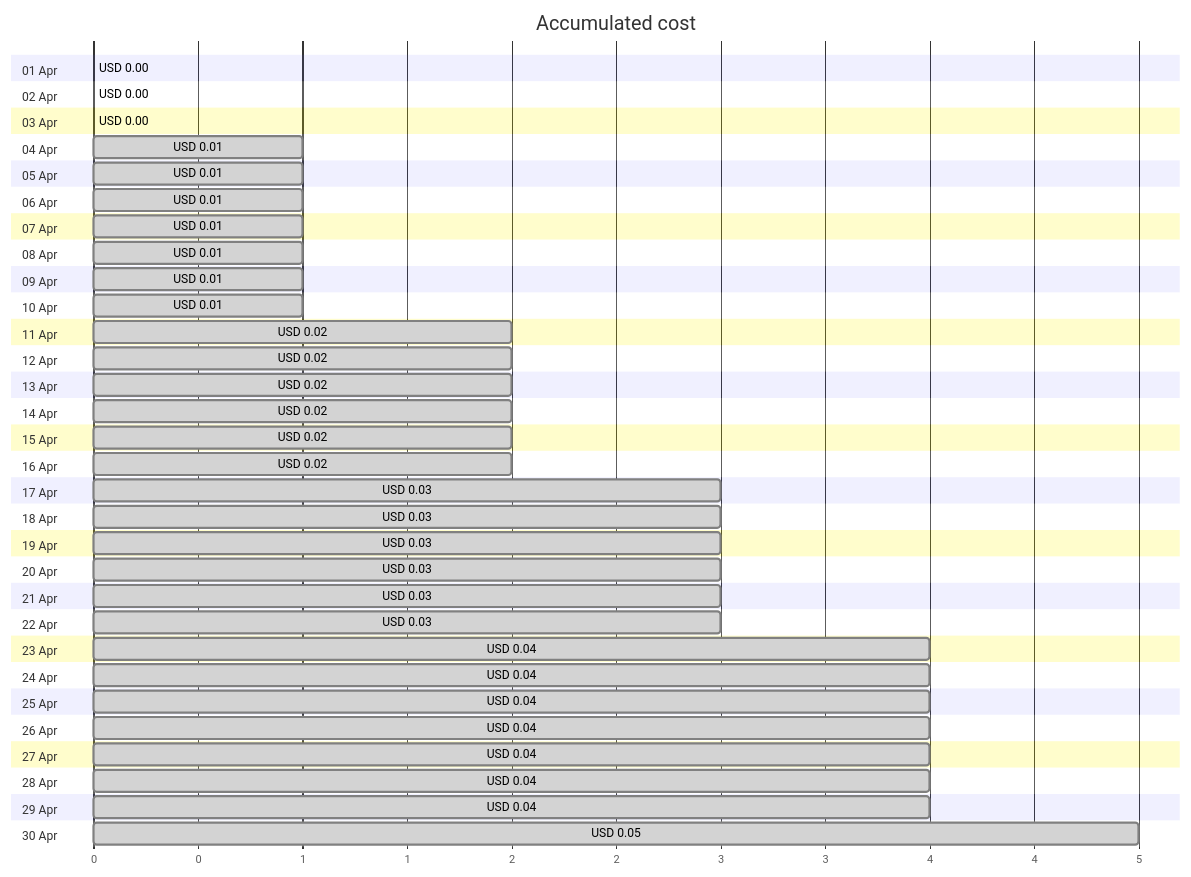
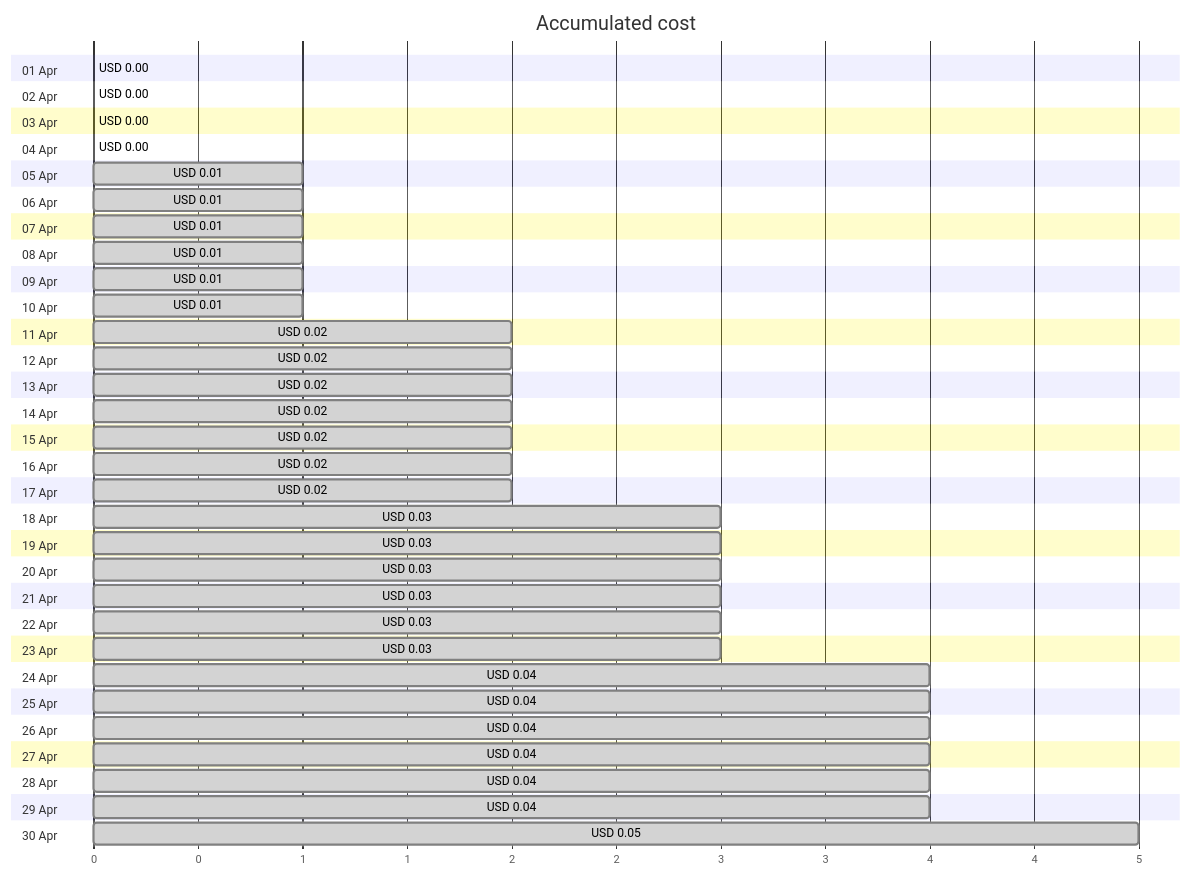
The first of 4 diagrams in cost-reports/personal-site/personalsiteapistorage.md (jpfulton/azure-personal-reports), drawn with Mermaid before and after one commit. The commit also changed other lines of this file and 7 other files, not shown here.

````diff
--- a/cost-reports/personal-site/personalsiteapistorage.md
+++ b/cost-reports/personal-site/personalsiteapistorage.md
@@ -20,66 +20,66 @@
 ```mermaid
 gantt
    title Accumulated cost
    dateFormat  X
    axisFormat %s
    section 01 Apr
    USD 0.00 :0, 0
    section 02 Apr
    USD 0.00 :0, 0
    section 03 Apr
    USD 0.00 :0, 0
    section 04 Apr
-   USD 0.01 : done, 0, 1
+   USD 0.00 :0, 0
    section 05 Apr
    USD 0.01 : done, 0, 1
    section 06 Apr
    USD 0.01 : done, 0, 1
    section 07 Apr
    USD 0.01 : done, 0, 1
    section 08 Apr
    USD 0.01 : done, 0, 1
    section 09 Apr
    USD 0.01 : done, 0, 1
    section 10 Apr
    USD 0.01 : done, 0, 1
    section 11 Apr
    USD 0.02 : done, 0, 2
    section 12 Apr
    USD 0.02 : done, 0, 2
    section 13 Apr
    USD 0.02 : done, 0, 2
    section 14 Apr
    USD 0.02 : done, 0, 2
    section 15 Apr
    USD 0.02 : done, 0, 2
    section 16 Apr
    USD 0.02 : done, 0, 2
    section 17 Apr
-   USD 0.03 : done, 0, 3
+   USD 0.02 : done, 0, 2
    section 18 Apr
    USD 0.03 : done, 0, 3
    section 19 Apr
    USD 0.03 : done, 0, 3
    section 20 Apr
    USD 0.03 : done, 0, 3
    section 21 Apr
    USD 0.03 : done, 0, 3
    section 22 Apr
    USD 0.03 : done, 0, 3
    section 23 Apr
-   USD 0.04 : done, 0, 4
+   USD 0.03 : done, 0, 3
    section 24 Apr
    USD 0.04 : done, 0, 4
    section 25 Apr
    USD 0.04 : done, 0, 4
    section 26 Apr
    USD 0.04 : done, 0, 4
    section 27 Apr
    USD 0.04 : done, 0, 4
    section 28 Apr
    USD 0.04 : done, 0, 4
    section 29 Apr
    USD 0.04 : done, 0, 4
    section 30 Apr
    USD 0.05 : done, 0, 5
 ```
````
